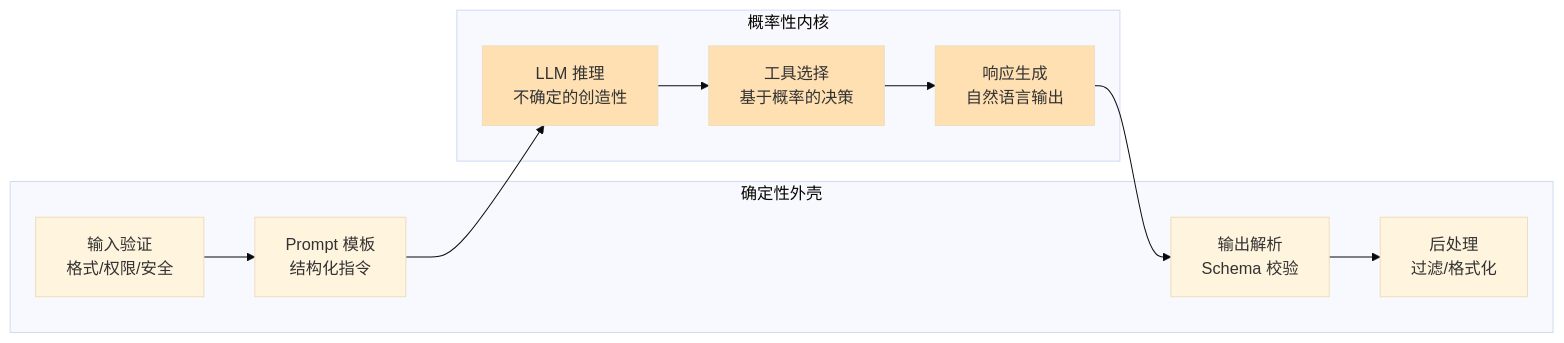
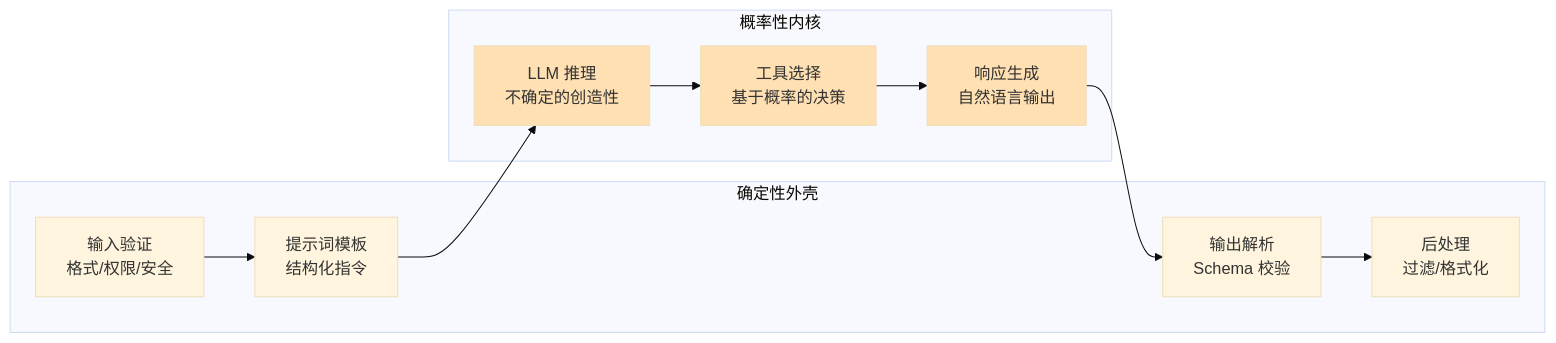
The second of 6 diagrams in chapters/part-01-foundation/ch02-theoretical-foundations.md (xiaoxiath/ai-agent-engineering), drawn with Mermaid (base theme) before and after one commit. The commit also changed other lines of this file and 6 other files, not shown here.

````diff
--- a/chapters/part-01-foundation/ch02-theoretical-foundations.md
+++ b/chapters/part-01-foundation/ch02-theoretical-foundations.md
@@ -113,16 +133,16 @@
 ```mermaid
 flowchart LR
     subgraph 确定性外壳
-        A[输入验证<br/>格式/权限/安全] --> B[Prompt 模板<br/>结构化指令]
+        A[输入验证<br/>格式/权限/安全] --> B[提示词模板<br/>结构化指令]
         F[输出解析<br/>Schema 校验] --> G[后处理<br/>过滤/格式化]
     end
     subgraph 概率性内核
         B --> C[LLM 推理<br/>不确定的创造性]
         C --> D[工具选择<br/>基于概率的决策]
         D --> E[响应生成<br/>自然语言输出]
     end
     E --> F
     style C fill:#ffe0b2
     style D fill:#ffe0b2
     style E fill:#ffe0b2
 ```
````
